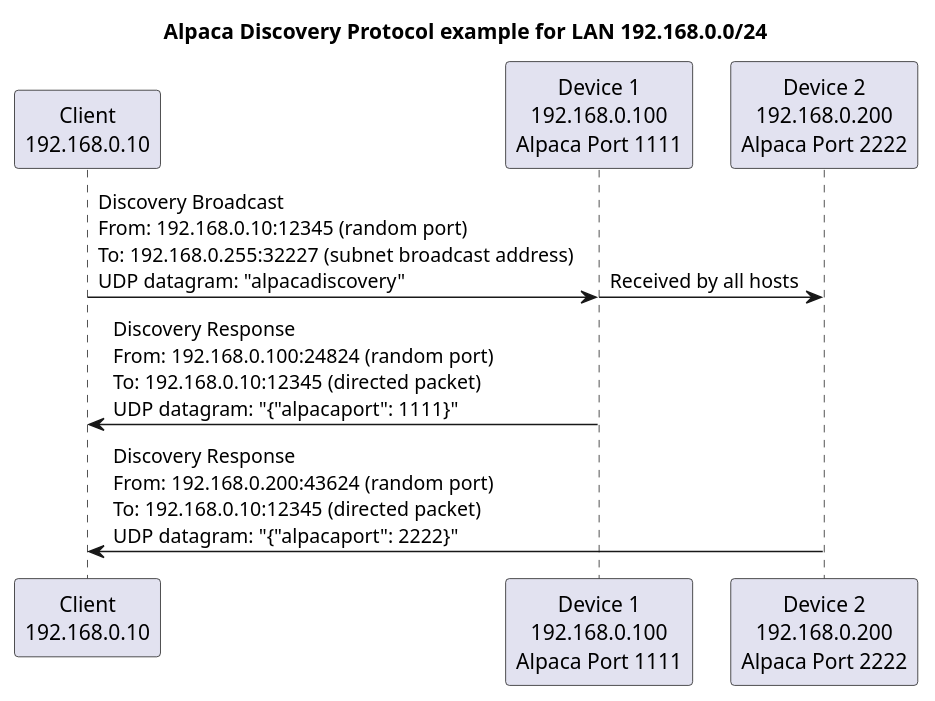
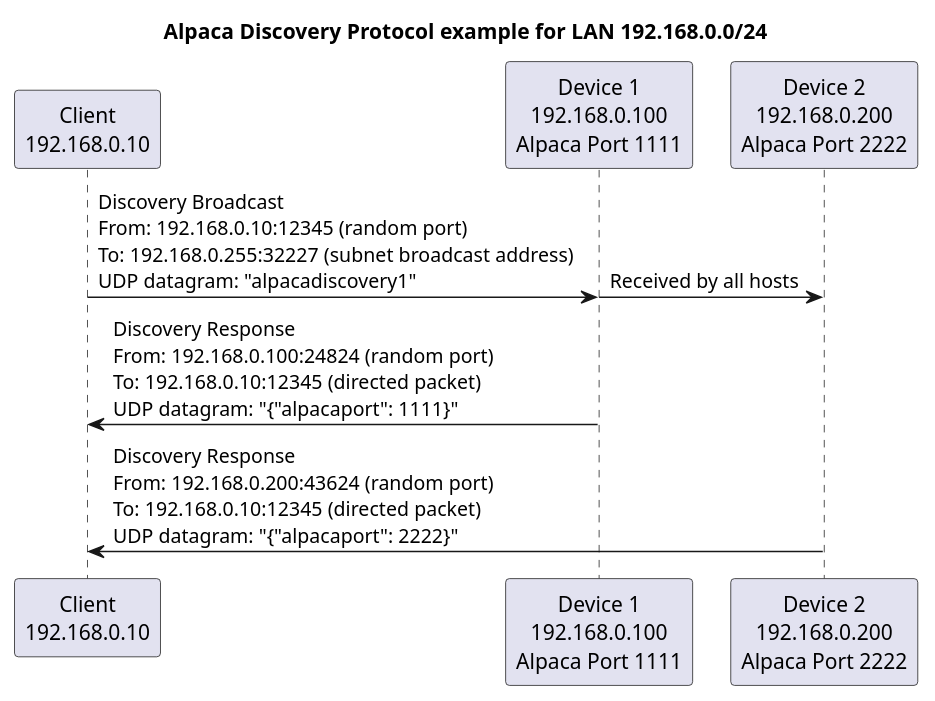
One commit to DanielVanNoord/AlpacaDiscoveryTests changed the diagram in discovery.puml. Above: the diagram before and after it, drawn with PlantUML. The commit also changed 1 other file, not shown here.

Commit message:
Updated diagram

```diff
--- a/discovery.puml
+++ b/discovery.puml
@@ -1,13 +1,13 @@
 @startuml
 !pragma teoz true
 title Alpaca Discovery Protocol example for LAN 192.168.0.0/24
 participant "Client\n192.168.0.10" as Client
 participant "Device 1\n192.168.0.100\nAlpaca Port 1111" as Device1
 participant "Device 2\n192.168.0.200\nAlpaca Port 2222" as Device2
 
-Client -> Device1 : Discovery Broadcast\nFrom: 192.168.0.10:12345 (random port)\nTo: 192.168.0.255:32227 (subnet broadcast address)\nUDP datagram: "alpacadiscovery"
+Client -> Device1 : Discovery Broadcast\nFrom: 192.168.0.10:12345 (random port)\nTo: 192.168.0.255:32227 (subnet broadcast address)\nUDP datagram: "alpacadiscovery1"
 & Device1 -> Device2 : Received by all hosts
 
 Device1 -> Client : Discovery Response\nFrom: 192.168.0.100:24824 (random port)\nTo: 192.168.0.10:12345 (directed packet)\nUDP datagram: "{"alpacaport": 1111}"
 Device2 -> Client : Discovery Response\nFrom: 192.168.0.200:43624 (random port)\nTo: 192.168.0.10:12345 (directed packet)\nUDP datagram: "{"alpacaport": 2222}"
 @enduml
```
